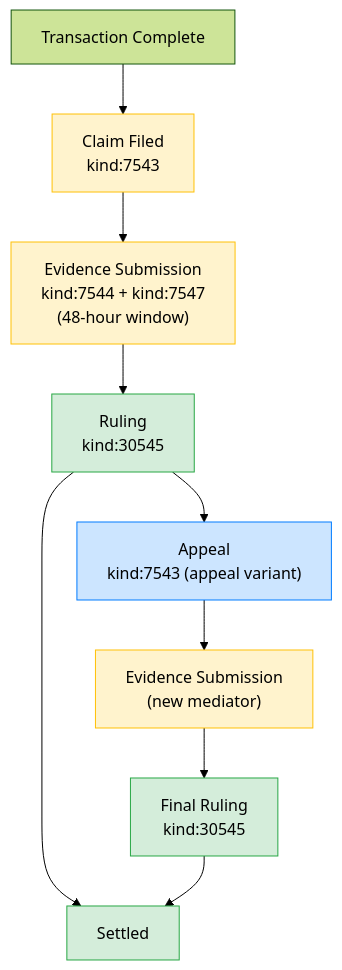
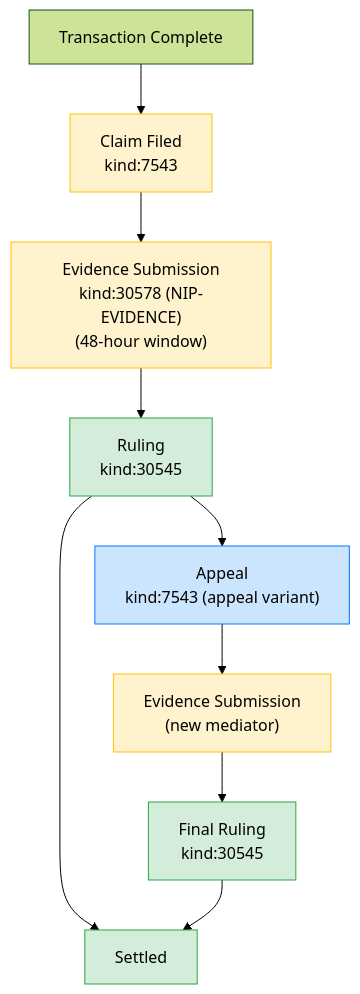
The second of 2 diagrams in NIP-DISPUTES.md (forgesworn/nip-drafts), drawn with Mermaid (forest theme) before and after one commit. The commit also changed other lines of this file and 116 other files, not shown here.

````diff
--- a/NIP-DISPUTES.md
+++ b/NIP-DISPUTES.md
@@ -324,19 +357,19 @@
 ```mermaid
 flowchart TD
     TC["Transaction Complete"] --> CF["Claim Filed\nkind:7543"]
-    CF --> ES["Evidence Submission\nkind:7544 + kind:7547\n(48-hour window)"]
+    CF --> ES["Evidence Submission\nkind:30578 (NIP-EVIDENCE)\n(48-hour window)"]
     ES --> RU["Ruling\nkind:30545"]
     RU --> SE["Settled"]
     RU --> AP["Appeal\nkind:7543 (appeal variant)"]
     AP --> ES2["Evidence Submission\n(new mediator)"]
     ES2 --> RU2["Final Ruling\nkind:30545"]
     RU2 --> SE
 
     style CF fill:#fff3cd,stroke:#ffc107
     style ES fill:#fff3cd,stroke:#ffc107
     style RU fill:#d4edda,stroke:#28a745
     style SE fill:#d4edda,stroke:#28a745
     style AP fill:#cce5ff,stroke:#007bff
     style ES2 fill:#fff3cd,stroke:#ffc107
     style RU2 fill:#d4edda,stroke:#28a745
 ```
````
